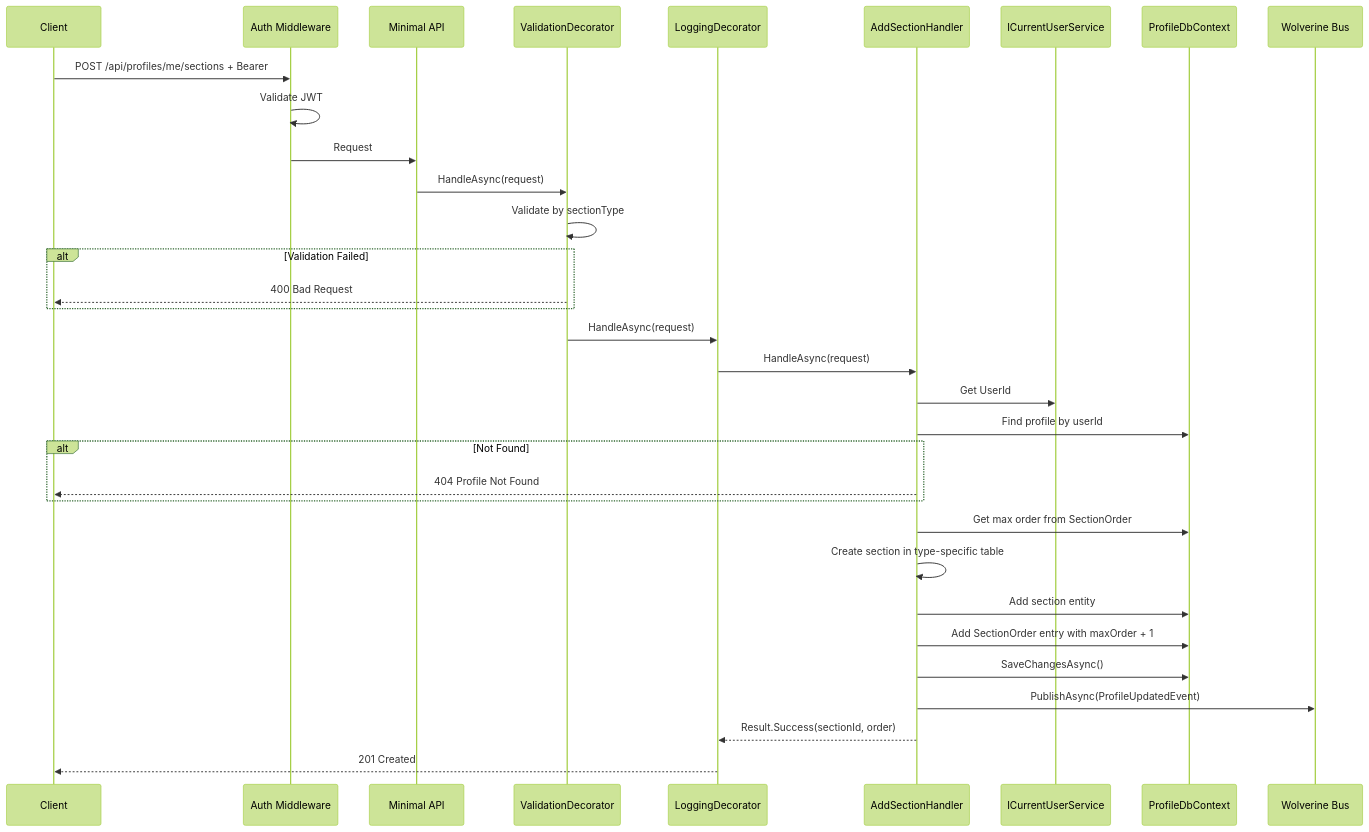
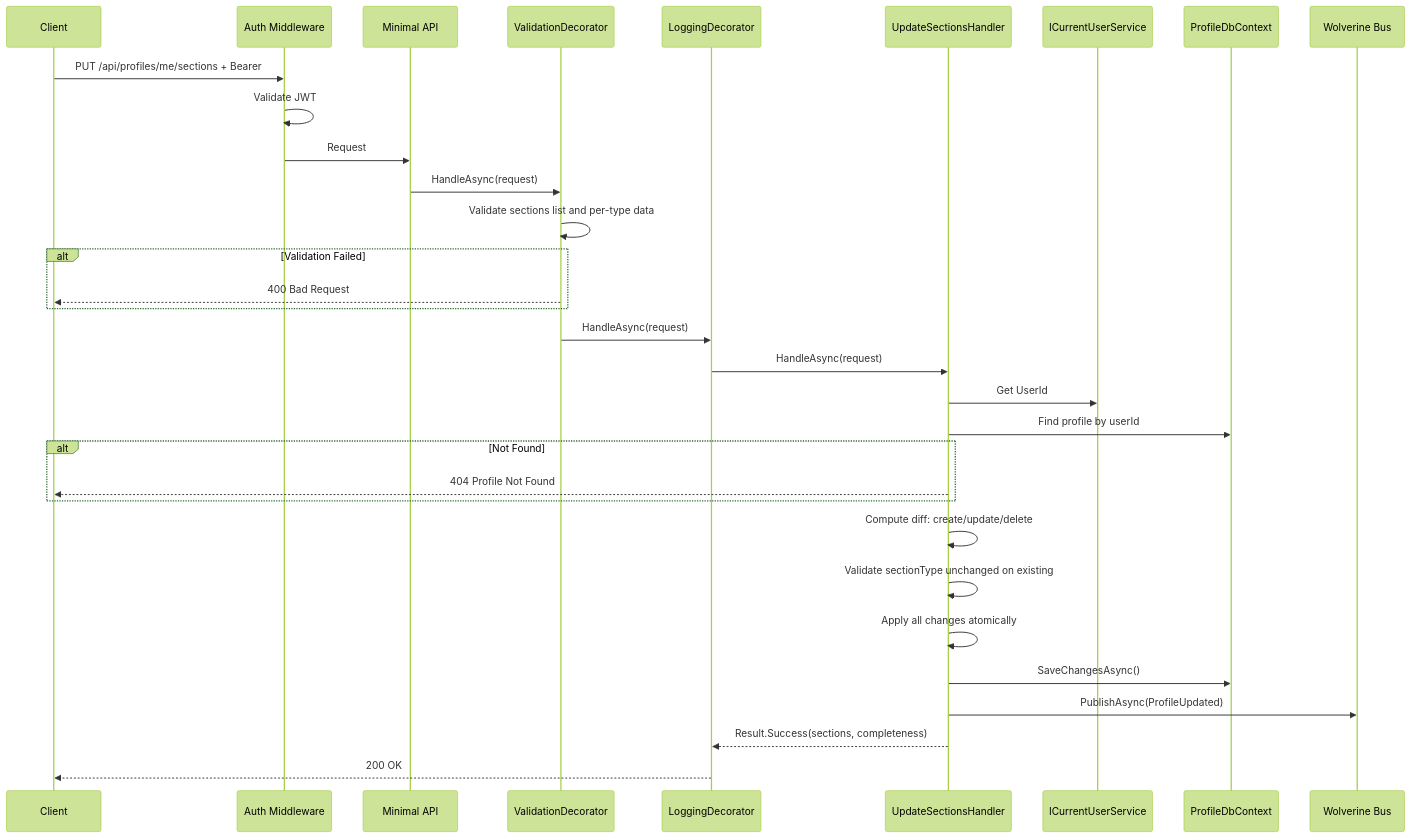
The first of 2 diagrams in docs/features/profile/section-crud.md (AbanoubPhelopos/TailorCV), drawn with Mermaid (forest theme) before and after one commit. The commit also changed other lines of this file and 12 other files, not shown here.

````diff
--- a/docs/features/profile/section-crud.md
+++ b/docs/features/profile/section-crud.md
@@ -290,36 +247,35 @@
 ```mermaid
 sequenceDiagram
     participant C as Client
     participant MW as Auth Middleware
     participant API as Minimal API
     participant V as ValidationDecorator
     participant L as LoggingDecorator
-    participant H as AddSectionHandler
+    participant H as UpdateSectionsHandler
     participant US as ICurrentUserService
     participant DB as ProfileDbContext
     participant W as Wolverine Bus
 
-    C->>MW: POST /api/profiles/me/sections + Bearer
+    C->>MW: PUT /api/profiles/me/sections + Bearer
     MW->>MW: Validate JWT
     MW->>API: Request
     API->>V: HandleAsync(request)
-    V->>V: Validate by sectionType
+    V->>V: Validate sections list and per-type data
     alt Validation Failed
         V-->>C: 400 Bad Request
     end
     V->>L: HandleAsync(request)
     L->>H: HandleAsync(request)
     H->>US: Get UserId
     H->>DB: Find profile by userId
     alt Not Found
         H-->>C: 404 Profile Not Found
     end
-    H->>DB: Get max order from SectionOrder
-    H->>H: Create section in type-specific table
-    H->>DB: Add section entity
-    H->>DB: Add SectionOrder entry with maxOrder + 1
+    H->>H: Compute diff: create/update/delete
+    H->>H: Validate sectionType unchanged on existing
+    H->>H: Apply all changes atomically
     H->>DB: SaveChangesAsync()
-    H->>W: PublishAsync(ProfileUpdatedEvent)
-    H-->>L: Result.Success(sectionId, order)
-    L-->>C: 201 Created
+    H->>W: PublishAsync(ProfileUpdated)
+    H-->>L: Result.Success(sections, completeness)
+    L-->>C: 200 OK
 ```
````
